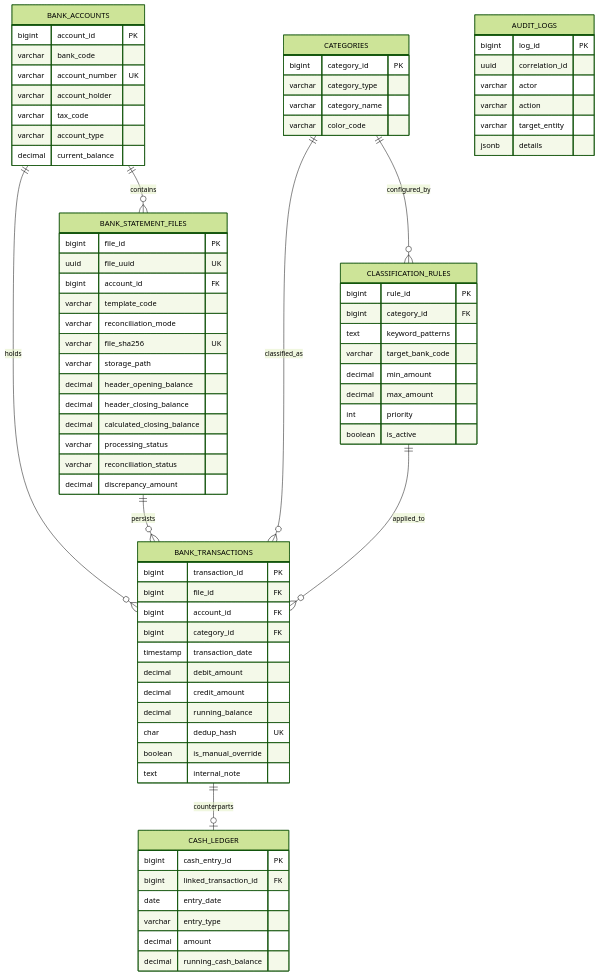
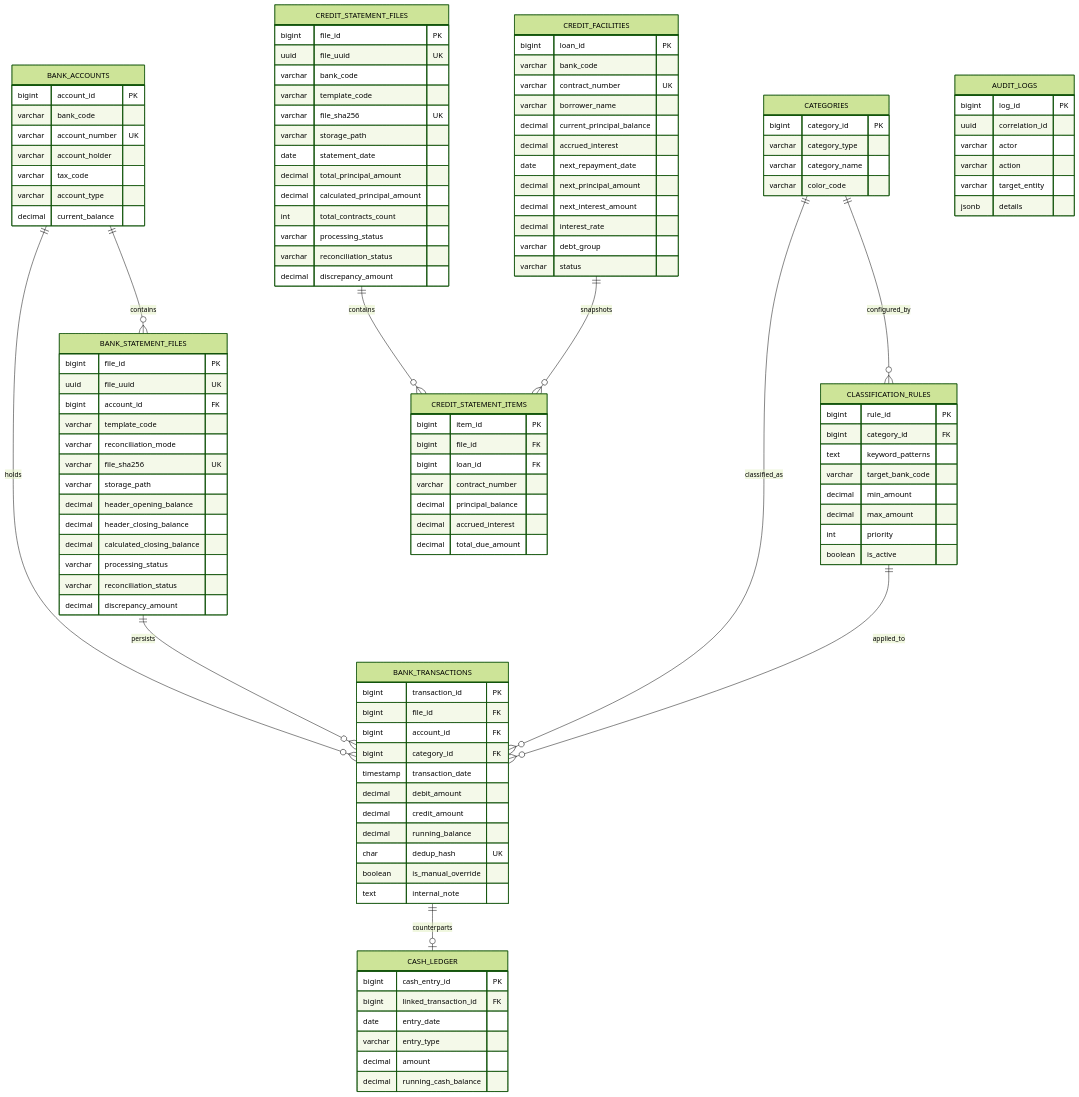
One commit to nlcnhung024/treasury_system changed the fourth of 5 diagrams in docs/SAD.md. Above: the diagram before and after it, drawn with Mermaid (forest theme). The commit also changed other lines of this file and 49 other files, not shown here.

First line of the commit message:
feat(reports): refine balance continuity check & fix statement upload 500 error

```diff
--- a/docs/SAD.md
+++ b/docs/SAD.md
@@ -405,6 +429,8 @@
     CATEGORIES ||--o{ BANK_TRANSACTIONS : "classified_as"
     CLASSIFICATION_RULES ||--o{ BANK_TRANSACTIONS : "applied_to"
     BANK_TRANSACTIONS ||--o| CASH_LEDGER : "counterparts"
+    CREDIT_STATEMENT_FILES ||--o{ CREDIT_STATEMENT_ITEMS : "contains"
+    CREDIT_FACILITIES ||--o{ CREDIT_STATEMENT_ITEMS : "snapshots"
 
     BANK_ACCOUNTS {
         bigint account_id PK
@@ -430,6 +456,47 @@
         varchar processing_status
         varchar reconciliation_status
         decimal discrepancy_amount
+    }
+
+    CREDIT_STATEMENT_FILES {
+        bigint file_id PK
+        uuid file_uuid UK
+        varchar bank_code
+        varchar template_code
+        varchar file_sha256 UK
+        varchar storage_path
+        date statement_date
+        decimal total_principal_amount
+        decimal calculated_principal_amount
+        int total_contracts_count
+        varchar processing_status
+        varchar reconciliation_status
+        decimal discrepancy_amount
+    }
+
+    CREDIT_FACILITIES {
+        bigint loan_id PK
+        varchar bank_code
+        varchar contract_number UK
+        varchar borrower_name
+        decimal current_principal_balance
+        decimal accrued_interest
+        date next_repayment_date
+        decimal next_principal_amount
+        decimal next_interest_amount
+        decimal interest_rate
+        varchar debt_group
+        varchar status
+    }
+
+    CREDIT_STATEMENT_ITEMS {
+        bigint item_id PK
+        bigint file_id FK
+        bigint loan_id FK
+        varchar contract_number
+        decimal principal_balance
+        decimal accrued_interest
+        decimal total_due_amount
     }
 
     CATEGORIES {
```
